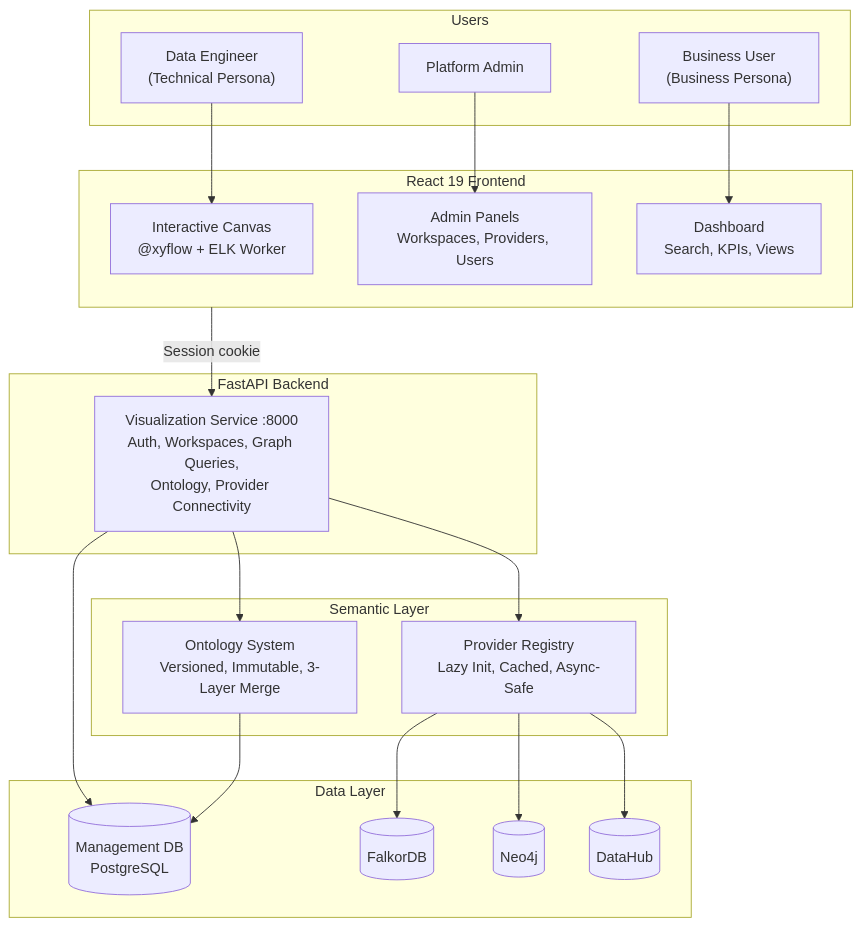
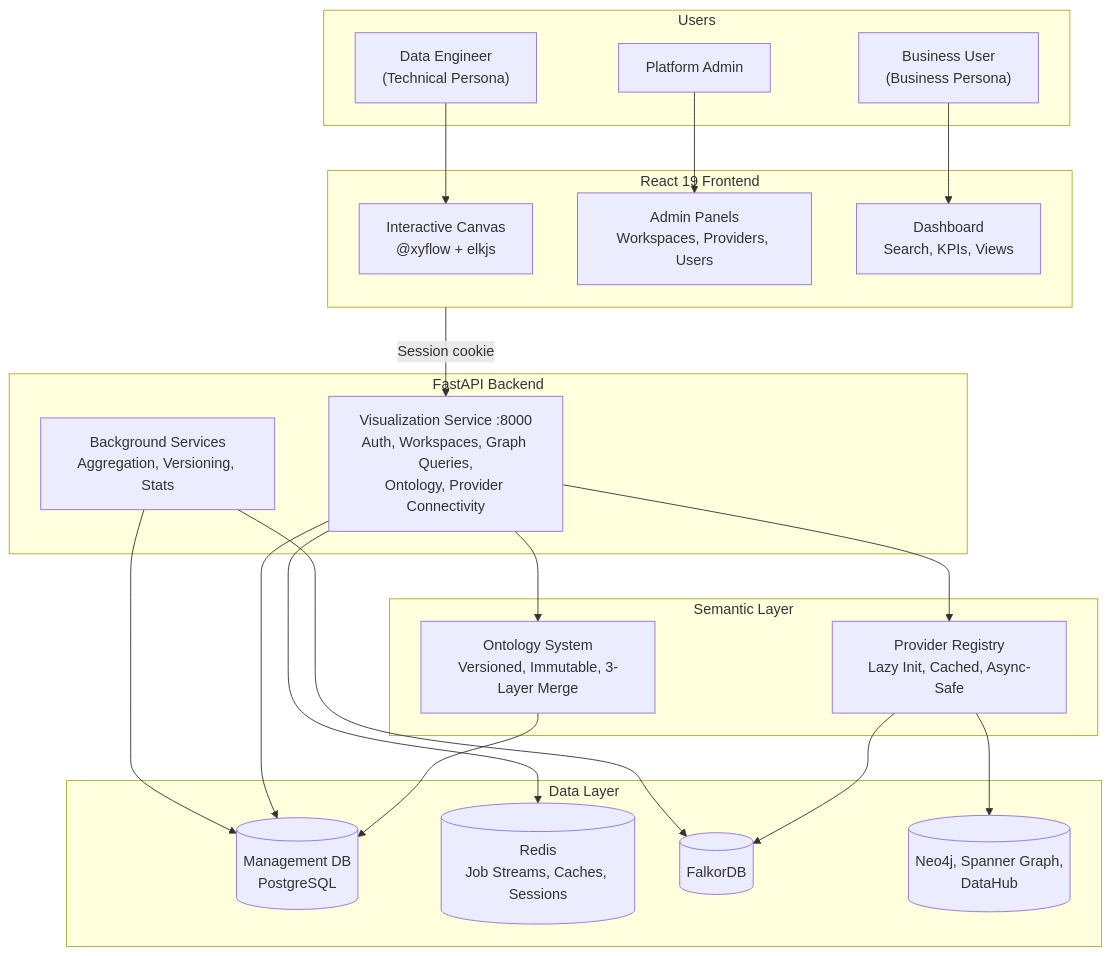
One commit to rkrumins/dataviz changed the eighth of 10 diagrams in docs/OVERVIEW.md. Above: the diagram before and after it, drawn with Mermaid. The commit also changed other lines of this file and 9 other files, not shown here.

````diff
--- a/docs/OVERVIEW.md
+++ b/docs/OVERVIEW.md
@@ -358,46 +350,49 @@
 ```mermaid
 graph TB
     subgraph Users["Users"]
         BU["Business User<br/>(Business Persona)"]
         DE["Data Engineer<br/>(Technical Persona)"]
         PA["Platform Admin"]
     end
 
     subgraph Frontend["React 19 Frontend"]
-        Canvas["Interactive Canvas<br/>@xyflow + ELK Worker"]
+        Canvas["Interactive Canvas<br/>@xyflow + elkjs"]
         Admin["Admin Panels<br/>Workspaces, Providers, Users"]
         Dashboard["Dashboard<br/>Search, KPIs, Views"]
     end
 
     subgraph Backend["FastAPI Backend"]
         VizSvc["Visualization Service :8000<br/>Auth, Workspaces, Graph Queries,<br/>Ontology, Provider Connectivity"]
+        Workers["Background Services<br/>Aggregation, Versioning, Stats"]
     end
 
     subgraph Semantic["Semantic Layer"]
         Ontology["Ontology System<br/>Versioned, Immutable, 3-Layer Merge"]
         Registry["Provider Registry<br/>Lazy Init, Cached, Async-Safe"]
     end
 
     subgraph Data["Data Layer"]
         MgmtDB[(Management DB<br/>PostgreSQL)]
+        Redis[("Redis<br/>Job Streams, Caches, Sessions")]
         FDB[(FalkorDB)]
-        Neo[(Neo4j)]
-        DH[(DataHub)]
+        Others[("Neo4j, Spanner Graph,<br/>DataHub")]
     end
 
     BU --> Dashboard
     DE --> Canvas
     PA --> Admin
 
     Frontend -->|Session cookie| VizSvc
 
     VizSvc --> Ontology
     VizSvc --> Registry
 
     Registry --> FDB
-    Registry --> Neo
-    Registry --> DH
+    Registry --> Others
     Ontology --> MgmtDB
     VizSvc --> MgmtDB
+    VizSvc --> Redis
+    Workers --> MgmtDB
+    Workers --> FDB
 
 ```
````
